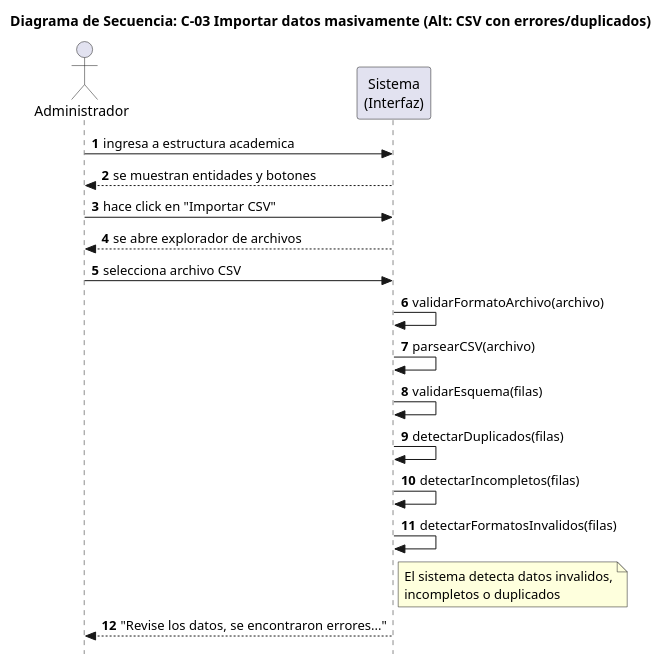
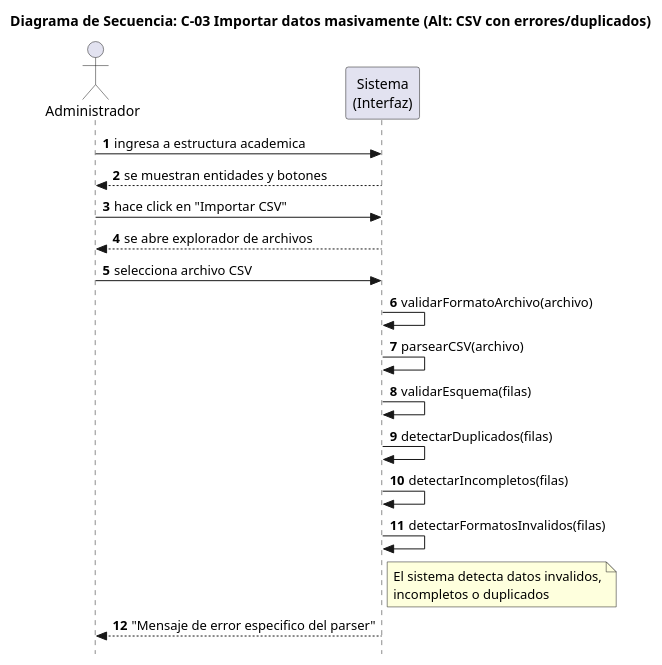
The diagram in docs/puml/C-03 Importar datos masivamente (CSV con errores_duplicados).puml (SantiagoScetti/sic-unne-admin), drawn with PlantUML before and after one commit. The commit also changed 6 other files, not shown here.

```diff
--- a/docs/puml/C-03 Importar datos masivamente (CSV con errores_duplicados).puml
+++ b/docs/puml/C-03 Importar datos masivamente (CSV con errores_duplicados).puml
@@ -1,29 +1,29 @@
 @startuml
 title Diagrama de Secuencia: C-03 Importar datos masivamente (Alt: CSV con errores/duplicados)
 skinparam style strictuml
 autonumber
 
 actor Administrador
 participant "Sistema\n(Interfaz)" as Interfaz
 
 Administrador -> Interfaz: ingresa a estructura academica
 Interfaz --> Administrador: se muestran entidades y botones
 
 Administrador -> Interfaz: hace click en "Importar CSV"
 Interfaz --> Administrador: se abre explorador de archivos
 
 Administrador -> Interfaz: selecciona archivo CSV
 Interfaz -> Interfaz: validarFormatoArchivo(archivo)
 Interfaz -> Interfaz: parsearCSV(archivo)
 Interfaz -> Interfaz: validarEsquema(filas)
 Interfaz -> Interfaz: detectarDuplicados(filas)
 Interfaz -> Interfaz: detectarIncompletos(filas)
 Interfaz -> Interfaz: detectarFormatosInvalidos(filas)
 
 note right of Interfaz
   El sistema detecta datos invalidos,
   incompletos o duplicados
 end note
 
-Interfaz --> Administrador: "Revise los datos, se encontraron errores..."
+Interfaz --> Administrador: "Mensaje de error especifico del parser"
 @enduml
```
